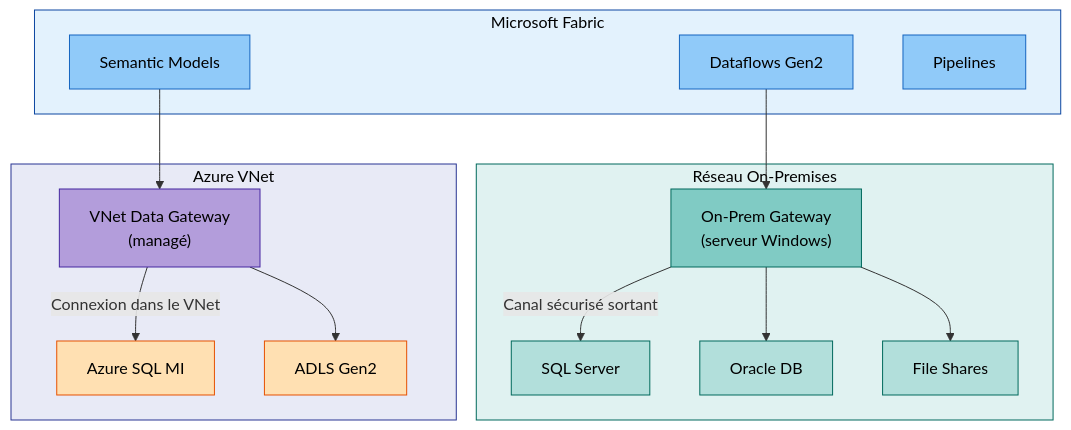
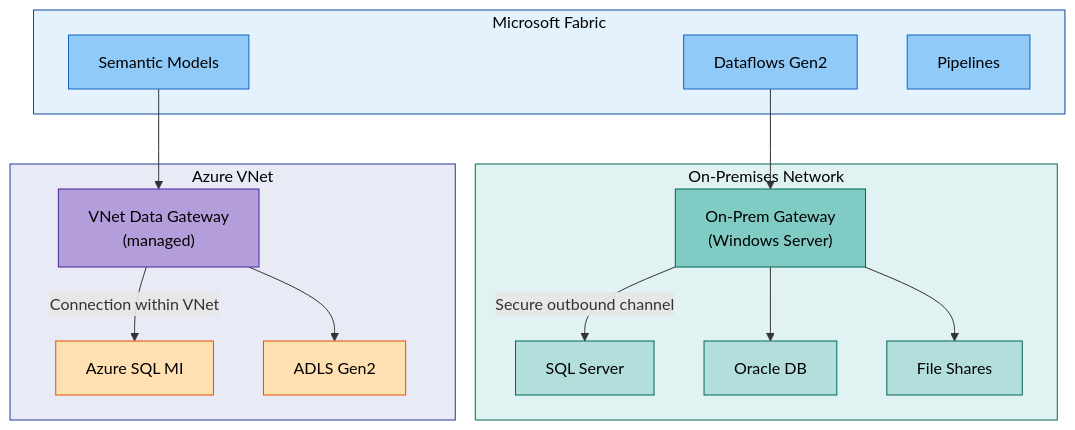
Before and after one commit to fredgis/fabric-foundry-kb: the ninth of 12 diagrams in Fabric_Network_Security.md, drawn with Mermaid. The commit also changed other lines of this file and 2 other files, not shown here.

First line of the commit message:
Translate Fabric Network Security guide to English

````diff
--- a/Fabric_Network_Security.md
+++ b/Fabric_Network_Security.md
@@ -498,41 +498,41 @@
 ```mermaid
 flowchart TB
     subgraph Fabric["Microsoft Fabric"]
         DF["Dataflows Gen2"]
         SM["Semantic Models"]
         PL["Pipelines"]
     end
 
-    subgraph OnPrem["Réseau On-Premises"]
-        OPGW["On-Prem Gateway\n(serveur Windows)"]
+    subgraph OnPrem["On-Premises Network"]
+        OPGW["On-Prem Gateway\n(Windows Server)"]
         SQLSrv["SQL Server"]
         Oracle["Oracle DB"]
         Files["File Shares"]
     end
 
     subgraph Azure["Azure VNet"]
-        VGW["VNet Data Gateway\n(managé)"]
+        VGW["VNet Data Gateway\n(managed)"]
         ASQL["Azure SQL MI"]
         ADLS["ADLS Gen2"]
     end
 
-    DF --> OPGW -->|Canal sécurisé sortant| SQLSrv
+    DF --> OPGW -->|Secure outbound channel| SQLSrv
     OPGW --> Oracle
     OPGW --> Files
-    SM --> VGW -->|Connexion dans le VNet| ASQL
+    SM --> VGW -->|Connection within VNet| ASQL
     VGW --> ADLS
 
     style Fabric fill:#e3f2fd,stroke:#0d47a1,color:#000
     style DF fill:#90caf9,stroke:#1565c0,color:#000
     style SM fill:#90caf9,stroke:#1565c0,color:#000
     style PL fill:#90caf9,stroke:#1565c0,color:#000
     style OnPrem fill:#e0f2f1,stroke:#00695c,color:#000
     style OPGW fill:#80cbc4,stroke:#00695c,color:#000
     style SQLSrv fill:#b2dfdb,stroke:#00695c,color:#000
     style Oracle fill:#b2dfdb,stroke:#00695c,color:#000
     style Files fill:#b2dfdb,stroke:#00695c,color:#000
     style Azure fill:#e8eaf6,stroke:#283593,color:#000
     style VGW fill:#b39ddb,stroke:#4527a0,color:#000
     style ASQL fill:#ffe0b2,stroke:#e65100,color:#000
     style ADLS fill:#ffe0b2,stroke:#e65100,color:#000
 ```
````
